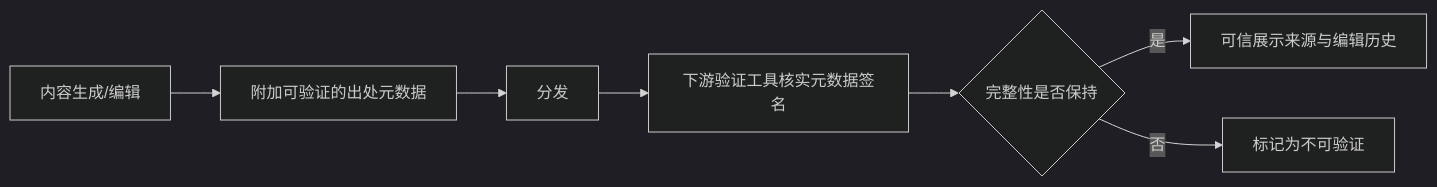
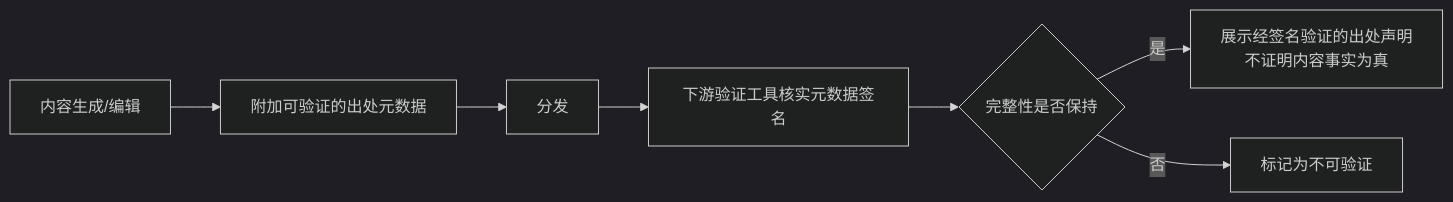
Before and after one commit to oneleaveknowsthefall/awesome-ai-roadmap: the second of 2 diagrams in docs/safety/05-assurance-governance/10-ai-governance-risk-classification-audit-provenance.md, drawn with Mermaid (dark theme). The commit also changed other lines of this file and 26 other files, not shown here.

````diff
--- a/docs/safety/05-assurance-governance/10-ai-governance-risk-classification-audit-provenance.md
+++ b/docs/safety/05-assurance-governance/10-ai-governance-risk-classification-audit-provenance.md
@@ -68,9 +78,9 @@
 ```mermaid
 flowchart LR
     C[内容生成/编辑] --> M[附加可验证的出处元数据]
     M --> D[分发]
     D --> V[下游验证工具核实元数据签名]
     V --> T{完整性是否保持}
-    T -->|是| TRUST[可信展示来源与编辑历史]
+    T -->|是| TRUST[展示经签名验证的出处声明<br/>不证明内容事实为真]
     T -->|否| WARN[标记为不可验证]
 ```
````
